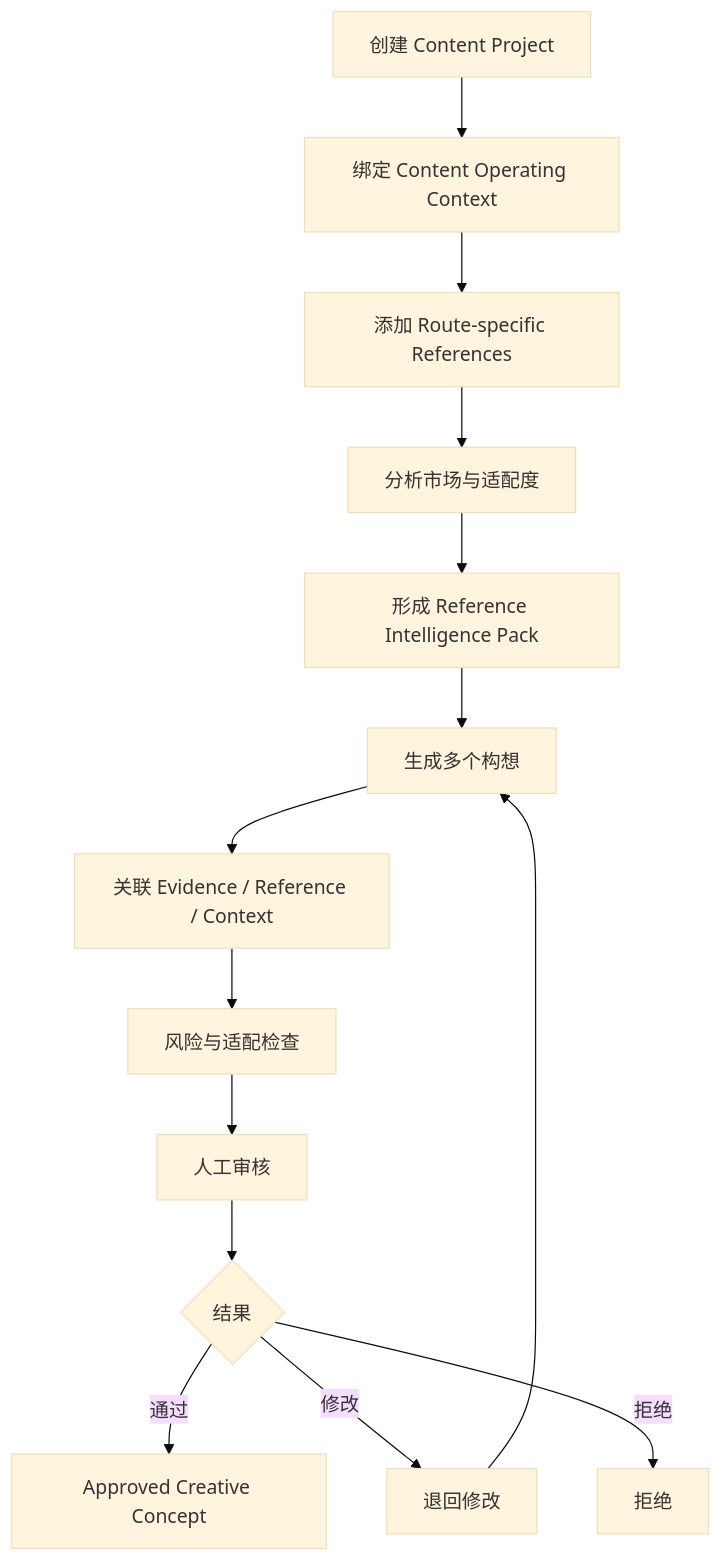
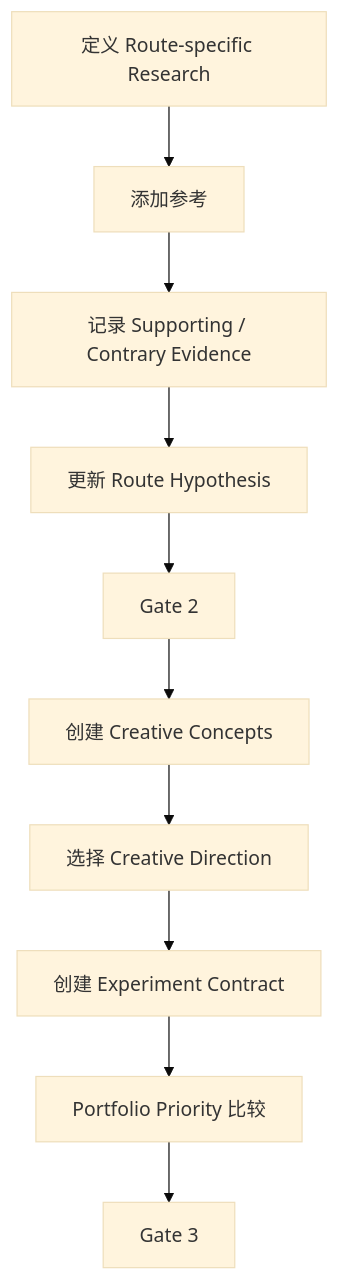
One commit to SONG-36/TK_Video_Intelligence_Workbench changed the third of 6 diagrams in 05_RELEASE_1_VERTICAL_SLICES.md. Above: the diagram before and after it, drawn with Mermaid (base theme). The commit also changed other lines of this file and 8 other files, not shown here.

````diff
--- a/05_RELEASE_1_VERTICAL_SLICES.md
+++ b/05_RELEASE_1_VERTICAL_SLICES.md
@@ -172,21 +170,15 @@
 ```mermaid
 flowchart TB
-    A[创建 Content Project]
-    B[绑定 Content Operating Context]
-    C[添加 Route-specific References]
-    D[分析市场与适配度]
-    E[形成 Reference Intelligence Pack]
-    F[生成多个构想]
-    G[关联 Evidence / Reference / Context]
-    H[风险与适配检查]
-    I[人工审核]
-    J{结果}
-    K[Approved Creative Concept]
-    L[退回修改]
-    M[拒绝]
+    A[定义 Route-specific Research]
+    B[添加参考]
+    C[记录 Supporting / Contrary Evidence]
+    D[更新 Route Hypothesis]
+    E[Gate 2]
+    F[创建 Creative Concepts]
+    G[选择 Creative Direction]
+    H[创建 Experiment Contract]
+    I[Portfolio Priority 比较]
+    J[Gate 3]
 
     A --> B --> C --> D --> E --> F --> G --> H --> I --> J
-    J -- 通过 --> K
-    J -- 修改 --> L --> F
-    J -- 拒绝 --> M
 ```
````
